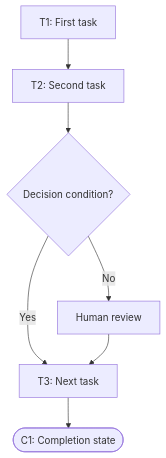
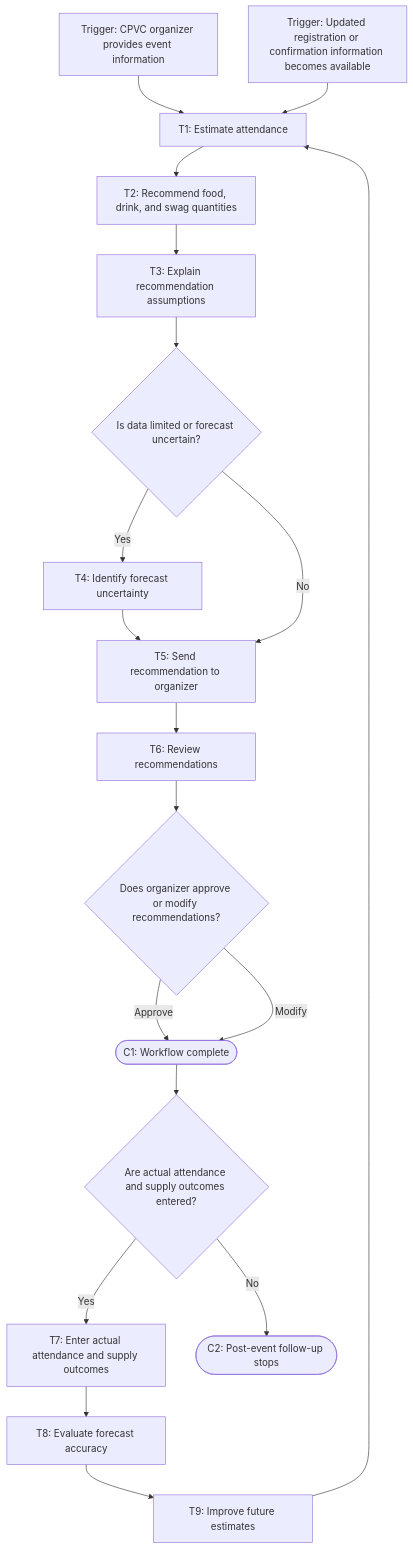
One commit to KeanuWidjaja/BUS4498_InClass_Builds changed the diagram in my_first_agent/agent/workflow-of-tasks.md. Above: the diagram before and after it, drawn with Mermaid. The commit also changed other lines of this file, not shown here.

````diff
--- a/my_first_agent/agent/workflow-of-tasks.md
+++ b/my_first_agent/agent/workflow-of-tasks.md
@@ -28,9 +27,21 @@
 ```mermaid
 flowchart TD
-    T1["T1: First task"] --> T2["T2: Second task"]
-    T2 --> D1{"Decision condition?"}
-    D1 -->|Yes| T3["T3: Next task"]
-    D1 -->|No| H1["Human review"]
-    H1 --> T3
-    T3 --> C1([C1: Completion state])
+    S1["Trigger: CPVC organizer provides event information"] --> T1["T1: Estimate attendance"]
+    S2["Trigger: Updated registration or confirmation information becomes available"] --> T1
+    T1 --> T2["T2: Recommend food, drink, and swag quantities"]
+    T2 --> T3["T3: Explain recommendation assumptions"]
+    T3 --> D1{"Is data limited or forecast uncertain?"}
+    D1 -->|Yes| T4["T4: Identify forecast uncertainty"]
+    T4 --> T5["T5: Send recommendation to organizer"]
+    D1 -->|No| T5
+    T5 --> T6["T6: Review recommendations"]
+    T6 --> D2{"Does organizer approve or modify recommendations?"}
+    D2 -->|Approve| C1(["C1: Workflow complete"])
+    D2 -->|Modify| C1
+    C1 --> D3{"Are actual attendance and supply outcomes entered?"}
+    D3 -->|Yes| T7["T7: Enter actual attendance and supply outcomes"]
+    T7 --> T8["T8: Evaluate forecast accuracy"]
+    T8 --> T9["T9: Improve future estimates"]
+    T9 --> T1
+    D3 -->|No| C2(["C2: Post-event follow-up stops"])
 ```
````
